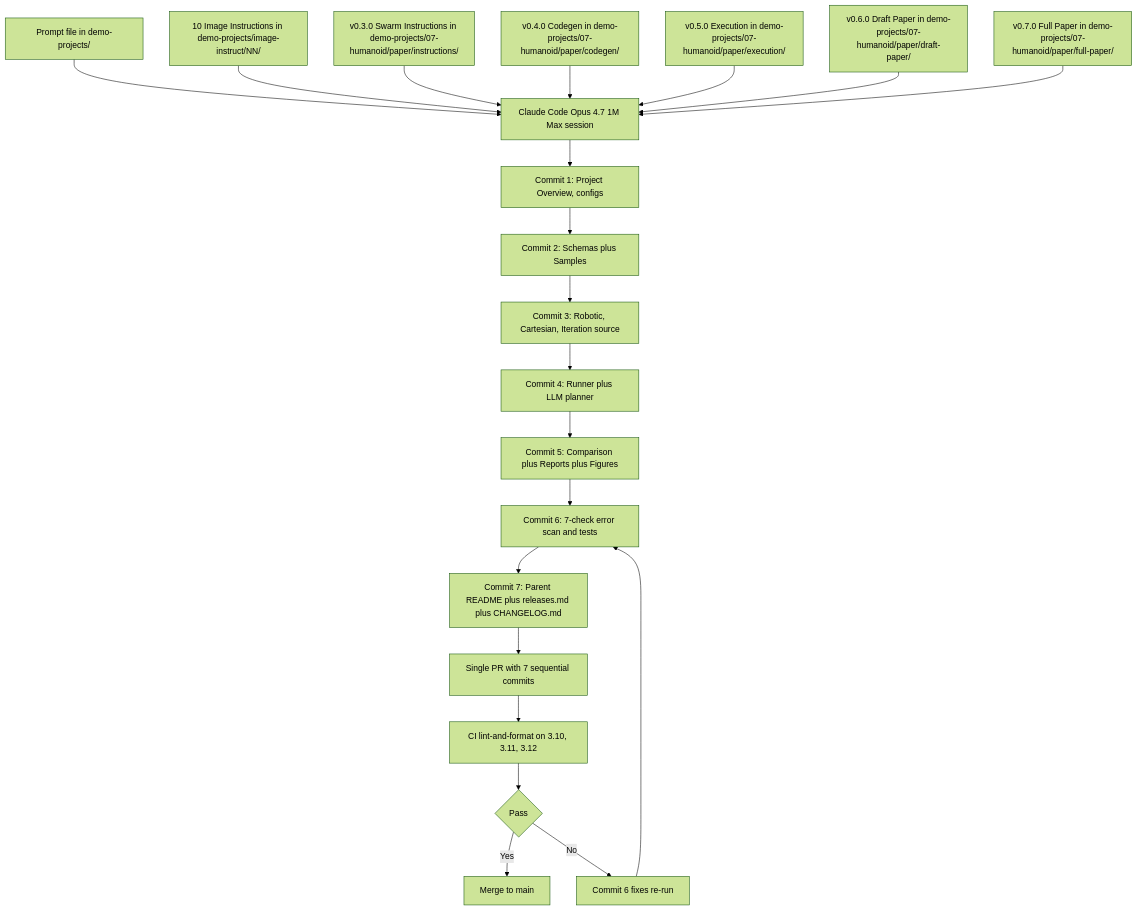
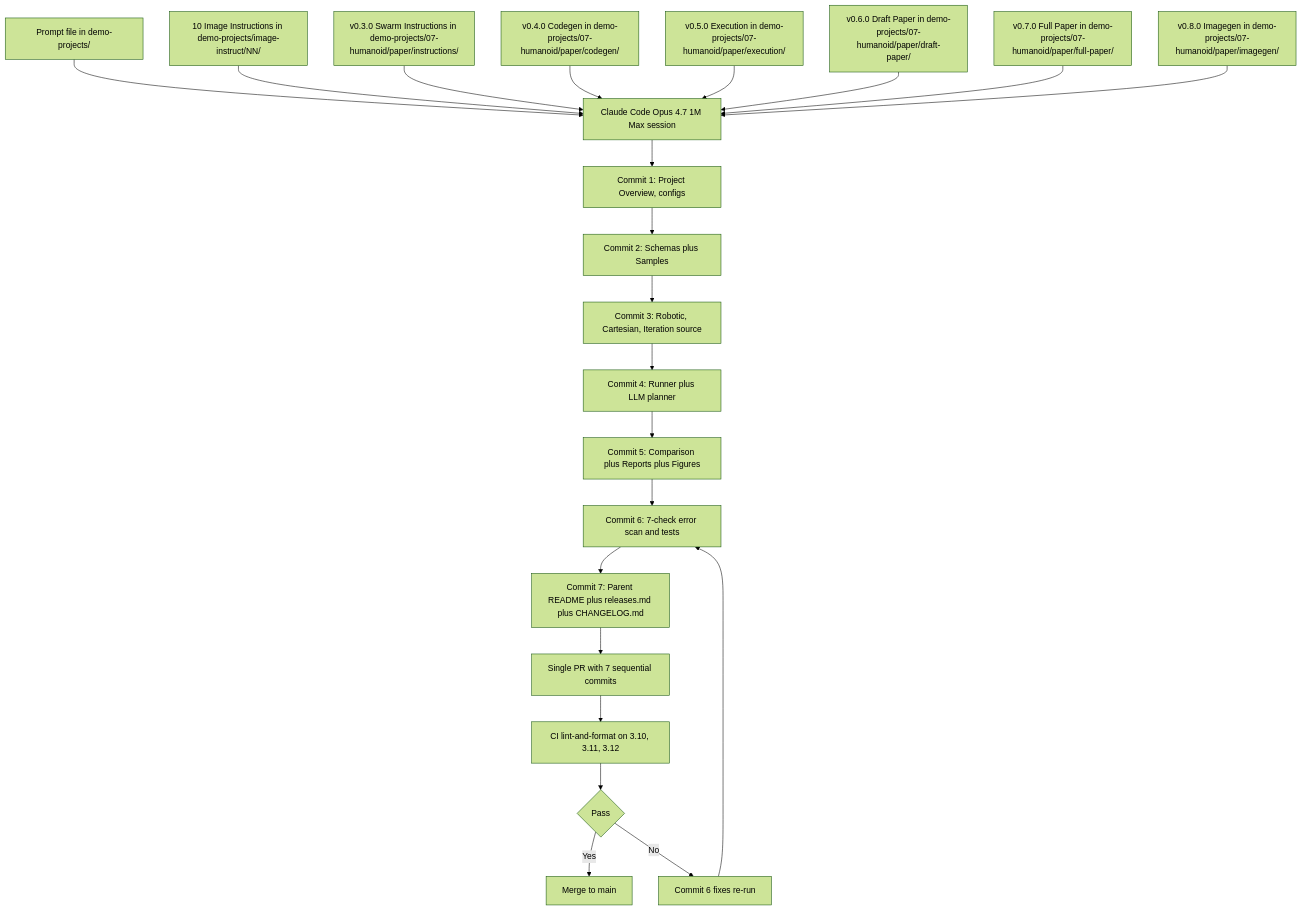
One commit to kevinkawchak/Clinical-AI-Demos changed the second of 2 diagrams in README.md. Above: the diagram before and after it, drawn with Mermaid (forest theme). The commit also changed other lines of this file and 5 other files, not shown here.

First line of the commit message:
v0.8.0 repository updates: imagegen tree for the Triple Humanoid 4 Site Paper

````diff
--- a/README.md
+++ b/README.md
@@ -300,23 +314,24 @@
 ```mermaid
 flowchart TB
   P[Prompt file in demo-projects/] --> CC[Claude Code Opus 4.7 1M Max session]
   II[10 Image Instructions in demo-projects/image-instruct/NN/] --> CC
   SW[v0.3.0 Swarm Instructions in demo-projects/07-humanoid/paper/instructions/] --> CC
   CG[v0.4.0 Codegen in demo-projects/07-humanoid/paper/codegen/] --> CC
   EX[v0.5.0 Execution in demo-projects/07-humanoid/paper/execution/] --> CC
   DRP[v0.6.0 Draft Paper in demo-projects/07-humanoid/paper/draft-paper/] --> CC
   FP[v0.7.0 Full Paper in demo-projects/07-humanoid/paper/full-paper/] --> CC
+  IM[v0.8.0 Imagegen in demo-projects/07-humanoid/paper/imagegen/] --> CC
   CC --> R1[Commit 1: Project Overview, configs]
   R1 --> R2[Commit 2: Schemas plus Samples]
   R2 --> R3[Commit 3: Robotic, Cartesian, Iteration source]
   R3 --> R4[Commit 4: Runner plus LLM planner]
   R4 --> R5[Commit 5: Comparison plus Reports plus Figures]
   R5 --> R6[Commit 6: 7-check error scan and tests]
   R6 --> R7[Commit 7: Parent README plus releases.md plus CHANGELOG.md]
   R7 --> PR[Single PR with 7 sequential commits]
   PR --> CI[CI lint-and-format on 3.10, 3.11, 3.12]
   CI --> M{Pass}
   M -->|Yes| MR[Merge to main]
   M -->|No| FX[Commit 6 fixes re-run]
   FX --> R6
 ```
````
